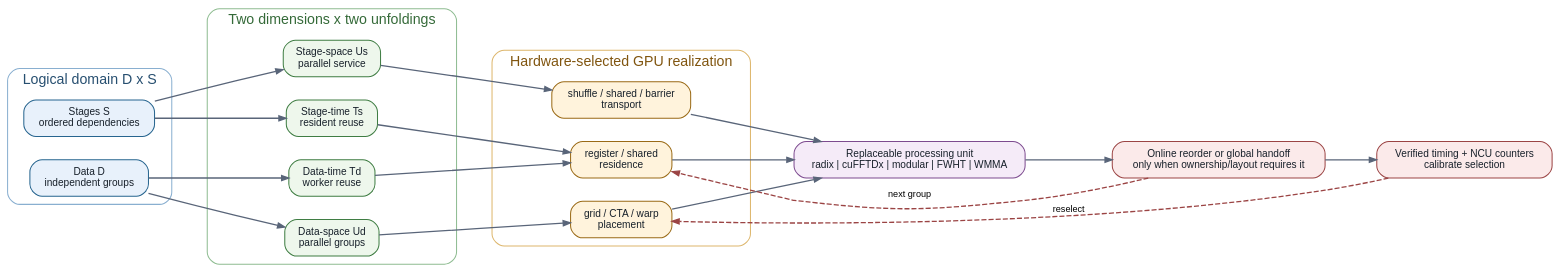
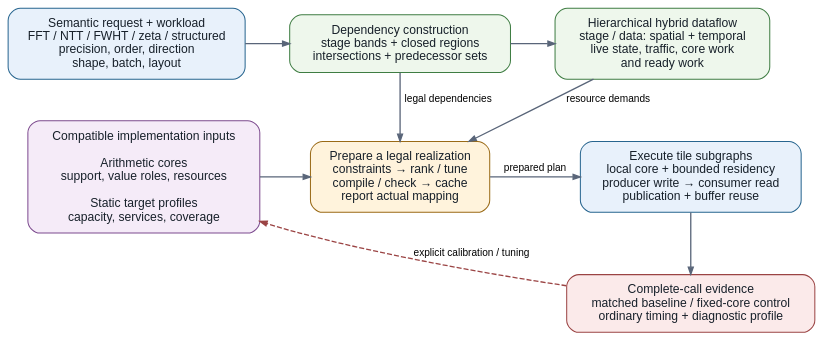
Before and after one commit to TruNcat3/cuButterfly: the diagram in figures/cubutterfly_concept.dot, drawn with Graphviz. The commit also changed 87 other files, not shown here.

Commit message:
Prepare v0.9 documentation and method evidence; fix repository CI

```diff
--- a/figures/cubutterfly_concept.dot
+++ b/figures/cubutterfly_concept.dot
@@ -1,72 +1,35 @@
 digraph cuButterfly {
-  graph [
-    rankdir=LR,
-    bgcolor="transparent",
-    pad=0.20,
-    nodesep=0.32,
-    ranksep=0.68,
-    fontname="Helvetica",
-    compound=true
-  ];
-  node [
-    shape=box,
-    style="rounded,filled",
-    color="#354052",
-    fillcolor="#f7f8fa",
-    fontcolor="#17202a",
-    fontname="Helvetica",
-    fontsize=10,
-    margin="0.14,0.09"
-  ];
-  edge [color="#596579", penwidth=1.3, arrowsize=0.7, fontname="Helvetica", fontsize=9];
+  graph [rankdir=TB, bgcolor="transparent", pad=0.18, nodesep=0.30,
+         ranksep=0.40, fontname="Helvetica", newrank=true];
+  node [shape=box, style="rounded,filled", color="#354052", fillcolor="#f7f8fa",
+        fontcolor="#17202a", fontname="Helvetica", fontsize=12, margin="0.15,0.12"];
+  edge [color="#596579", penwidth=1.3, arrowsize=0.7, fontname="Helvetica", fontsize=10];
 
-  subgraph cluster_domain {
-    label="Logical domain D x S";
-    color="#89afd0";
-    style="rounded";
-    fontcolor="#274f70";
-    data [label="Data D\nindependent groups", fillcolor="#e8f1fb", color="#27658f"];
-    stage [label="Stages S\nordered dependencies", fillcolor="#e8f1fb", color="#27658f"];
-  }
+  request [label="Semantic request + workload\nFFT / NTT / FWHT / zeta / structured\nprecision, order, direction\nshape, batch, layout",
+           fillcolor="#e8f1fb", color="#27658f"];
+  regions [label="Dependency construction\nstage bands + closed regions\nintersections + predecessor sets",
+           fillcolor="#eef7ec", color="#3f7d43"];
+  organization [label="Hierarchical hybrid dataflow\nstage / data: spatial + temporal\nlive state, traffic, core work\nand ready work",
+                fillcolor="#eef7ec", color="#3f7d43"];
+  inputs [label="Compatible implementation inputs\n\nArithmetic cores\nsupport, value roles, resources\n\nStatic target profiles\ncapacity, services, coverage",
+          fillcolor="#f5ebf8", color="#7d4b8f"];
+  prepare [label="Prepare a legal realization\nconstraints → rank / tune\ncompile / check → cache\nreport actual mapping",
+           fillcolor="#fff3dc", color="#9a6a16"];
+  execute [label="Execute tile subgraphs\nlocal core + bounded residency\nproducer write → consumer read\npublication + buffer reuse",
+           fillcolor="#e8f1fb", color="#27658f"];
+  evidence [label="Complete-call evidence\nmatched baseline / fixed-core control\nordinary timing + diagnostic profile",
+            fillcolor="#fbeaea", color="#9b4444"];
 
-  subgraph cluster_factors {
-    label="Two dimensions x two unfoldings";
-    color="#8ebc91";
-    style="rounded";
-    fontcolor="#356a39";
-    ud [label="Data-space Ud\nparallel groups", fillcolor="#eef7ec", color="#3f7d43"];
-    td [label="Data-time Td\nworker reuse", fillcolor="#eef7ec", color="#3f7d43"];
-    us [label="Stage-space Us\nparallel service", fillcolor="#eef7ec", color="#3f7d43"];
-    ts [label="Stage-time Ts\nresident reuse", fillcolor="#eef7ec", color="#3f7d43"];
-  }
-
-  subgraph cluster_gpu {
-    label="Hardware-selected GPU realization";
-    color="#ddb66c";
-    style="rounded";
-    fontcolor="#80550f";
-    placement [label="grid / CTA / warp\nplacement", fillcolor="#fff3dc", color="#9a6a16"];
-    residence [label="register / shared\nresidence", fillcolor="#fff3dc", color="#9a6a16"];
-    transport [label="shuffle / shared / barrier\ntransport", fillcolor="#fff3dc", color="#9a6a16"];
-  }
-
-  unit [label="Replaceable processing unit\nradix | cuFFTDx | modular | FWHT | WMMA", fillcolor="#f5ebf8", color="#7d4b8f"];
-  boundary [label="Online reorder or global handoff\nonly when ownership/layout requires it", fillcolor="#fbeaea", color="#9b4444"];
-  measure [label="Verified timing + NCU counters\ncalibrate selection", fillcolor="#fbeaea", color="#9b4444"];
-
-  data -> ud;
-  data -> td;
-  stage -> us;
-  stage -> ts;
-  ud -> placement;
-  td -> residence;
-  us -> transport;
-  ts -> residence;
-  placement -> unit;
-  residence -> unit;
-  transport -> unit;
-  unit -> boundary;
-  boundary -> residence [label="next group", style=dashed, color="#9b4444", constraint=false];
-  boundary -> measure;
-  measure -> placement [label="reselect", style=dashed, color="#9b4444", constraint=false];
+  {rank=same; request; regions; organization;}
+  {rank=same; inputs; prepare; execute;}
+  request -> regions;
+  regions -> organization;
+  request -> inputs [style=invis];
+  regions -> prepare [label="legal dependencies"];
+  organization -> prepare [label="resource demands"];
+  inputs -> prepare;
+  prepare -> execute [label="prepared plan"];
+  execute -> evidence;
+  evidence -> inputs [label="explicit calibration / tuning", style=dashed,
+                      color="#9b4444", constraint=false];
 }
```
